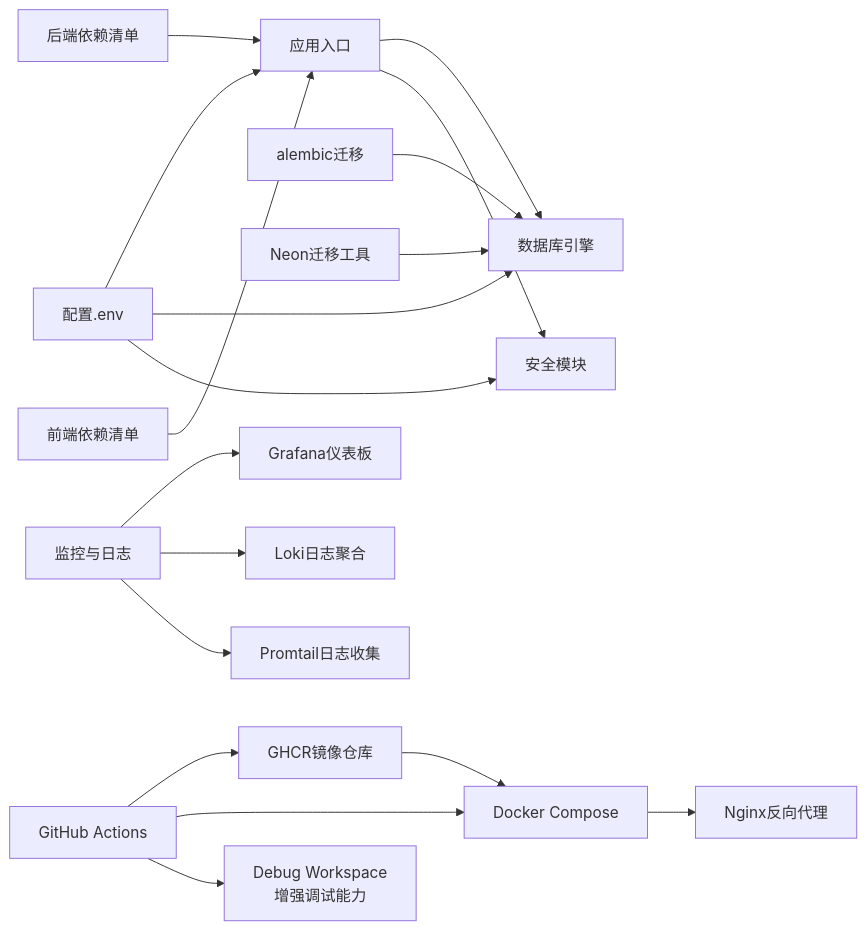
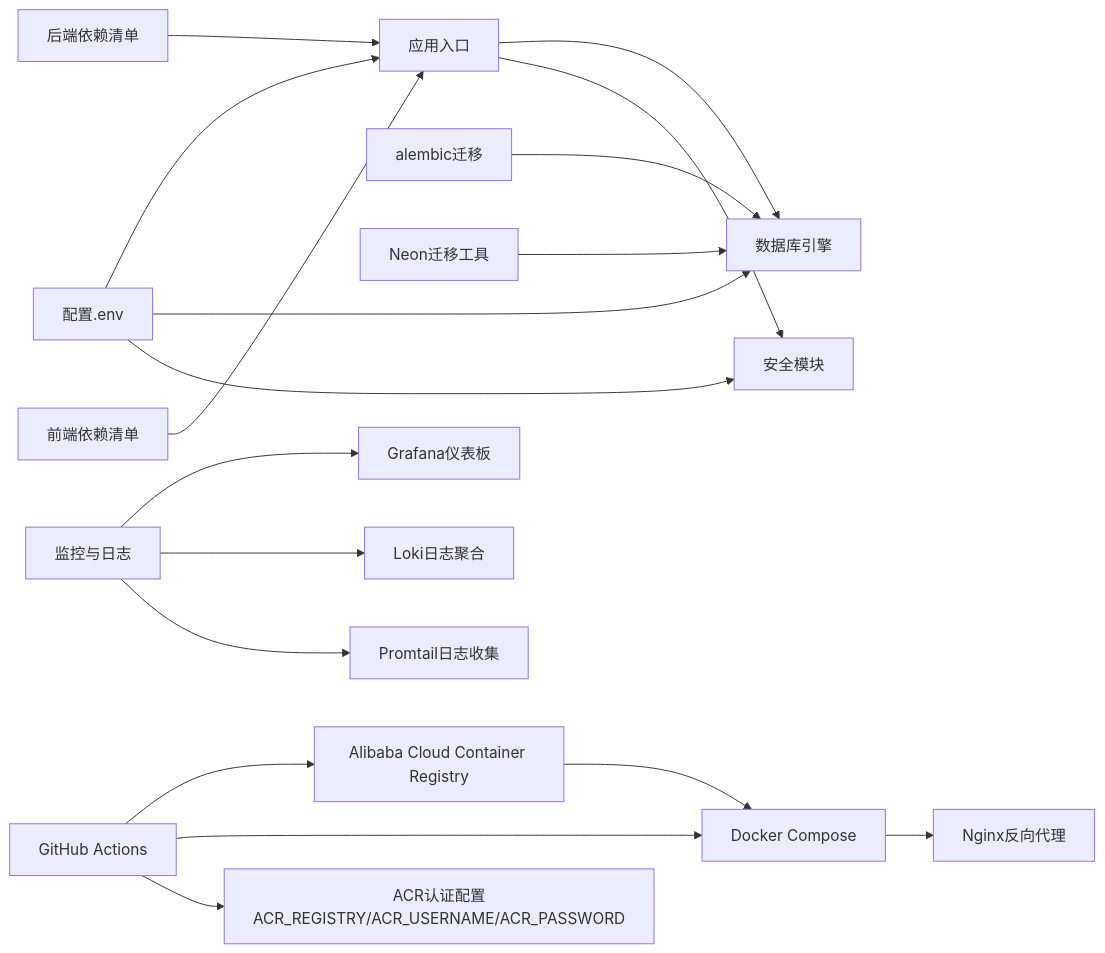
The third of 3 diagrams in .qoder/repowiki/zh/content/部署与运维/部署与运维.md (breeze-lyf/ai-stock-advisor), drawn with Mermaid before and after one commit. The commit also changed other lines of this file and 3 other files, not shown here.

````diff
--- a/.qoder/repowiki/zh/content/部署与运维/部署与运维.md
+++ b/.qoder/repowiki/zh/content/部署与运维/部署与运维.md
@@ -475,20 +473,20 @@
 ```mermaid
 graph LR
 CFG["配置.env"] --> MAIN["应用入口"]
 CFG --> DB["数据库引擎"]
 CFG --> SEC["安全模块"]
 MAIN --> DB
 MAIN --> SEC
 REQ["后端依赖清单"] --> MAIN
 PKG["前端依赖清单"] --> MAIN
 ALEMBIC["alembic迁移"] --> DB
 NEONMIG["Neon迁移工具"] --> DB
-GHCR["GHCR镜像仓库"] --> DCP["Docker Compose"]
-GHA["GitHub Actions"] --> GHCR
+ACR["Alibaba Cloud Container Registry"] --> DCP["Docker Compose"]
+GHA["GitHub Actions"] --> ACR
 GHA --> DCP
-GHA --> DEBUG["Debug Workspace<br/>增强调试能力"]
+GHA --> ACR_AUTH["ACR认证配置<br/>ACR_REGISTRY/ACR_USERNAME/ACR_PASSWORD"]
 DCP --> NGINX["Nginx反向代理"]
 MON["监控与日志"] --> GRAFANA["Grafana仪表板"]
 MON --> LOKI["Loki日志聚合"]
 MON --> PROMTAIL["Promtail日志收集"]
 ```
````
